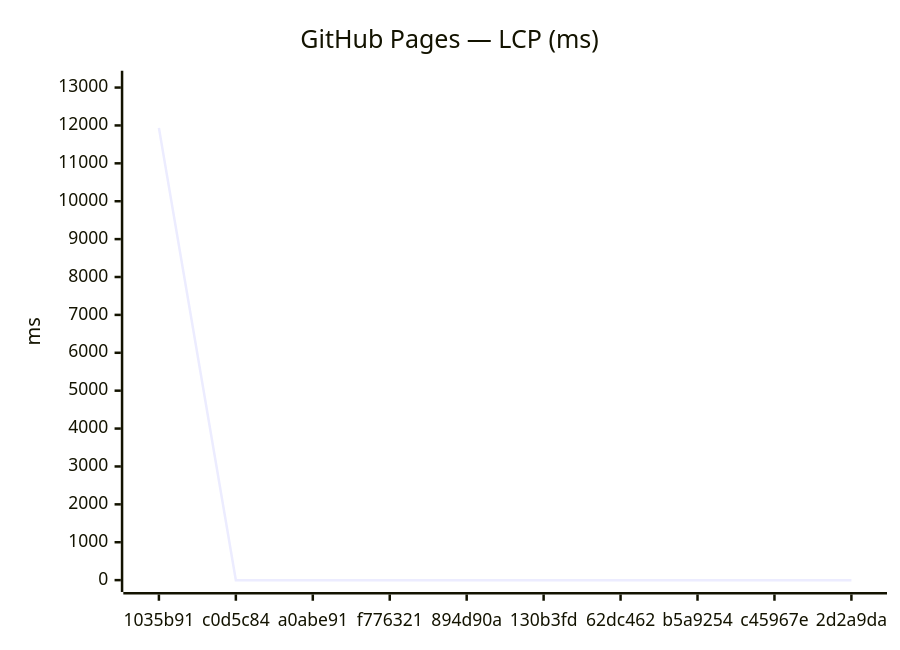
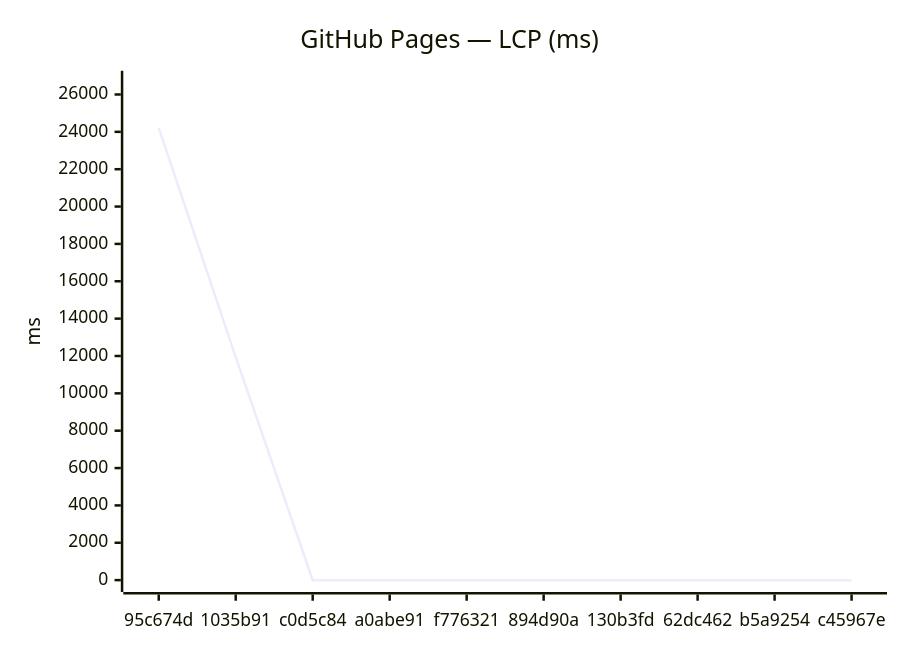
Before and after one commit to Metaheurist/Rianell: the third of 18 diagrams in benchmarks/compare.md, drawn with Mermaid. The commit also changed other lines of this file and 11 other files, not shown here.

````diff
--- a/benchmarks/compare.md
+++ b/benchmarks/compare.md
@@ -54,7 +54,7 @@
 ```mermaid
 xychart-beta
     title "GitHub Pages — LCP (ms)"
-    x-axis ["1035b91", "c0d5c84", "a0abe91", "f776321", "894d90a", "130b3fd", "62dc462", "b5a9254", "c45967e", "2d2a9da"]
-    y-axis "ms" 0 --> 13130
-    line [11936, 0, 0, 0, 0, 0, 0, 0, 0, 0]
+    x-axis ["95c674d", "1035b91", "c0d5c84", "a0abe91", "f776321", "894d90a", "130b3fd", "62dc462", "b5a9254", "c45967e"]
+    y-axis "ms" 0 --> 26635
+    line [24213, 11936, 0, 0, 0, 0, 0, 0, 0, 0]
 ```
````
